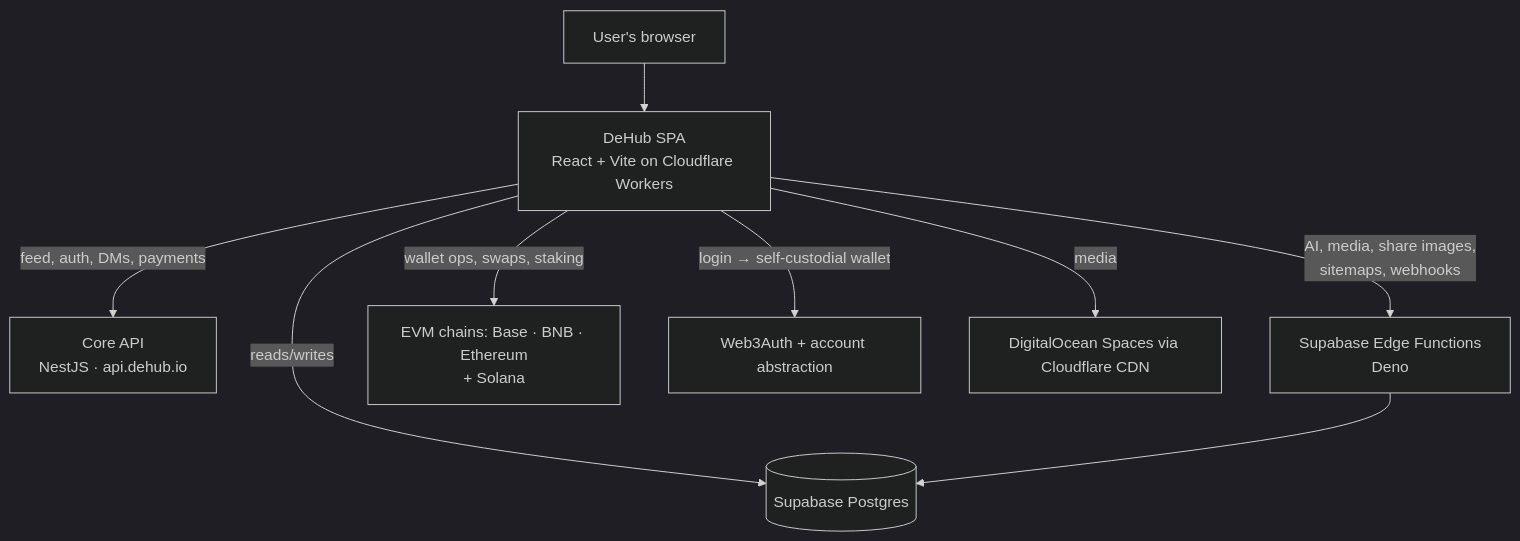
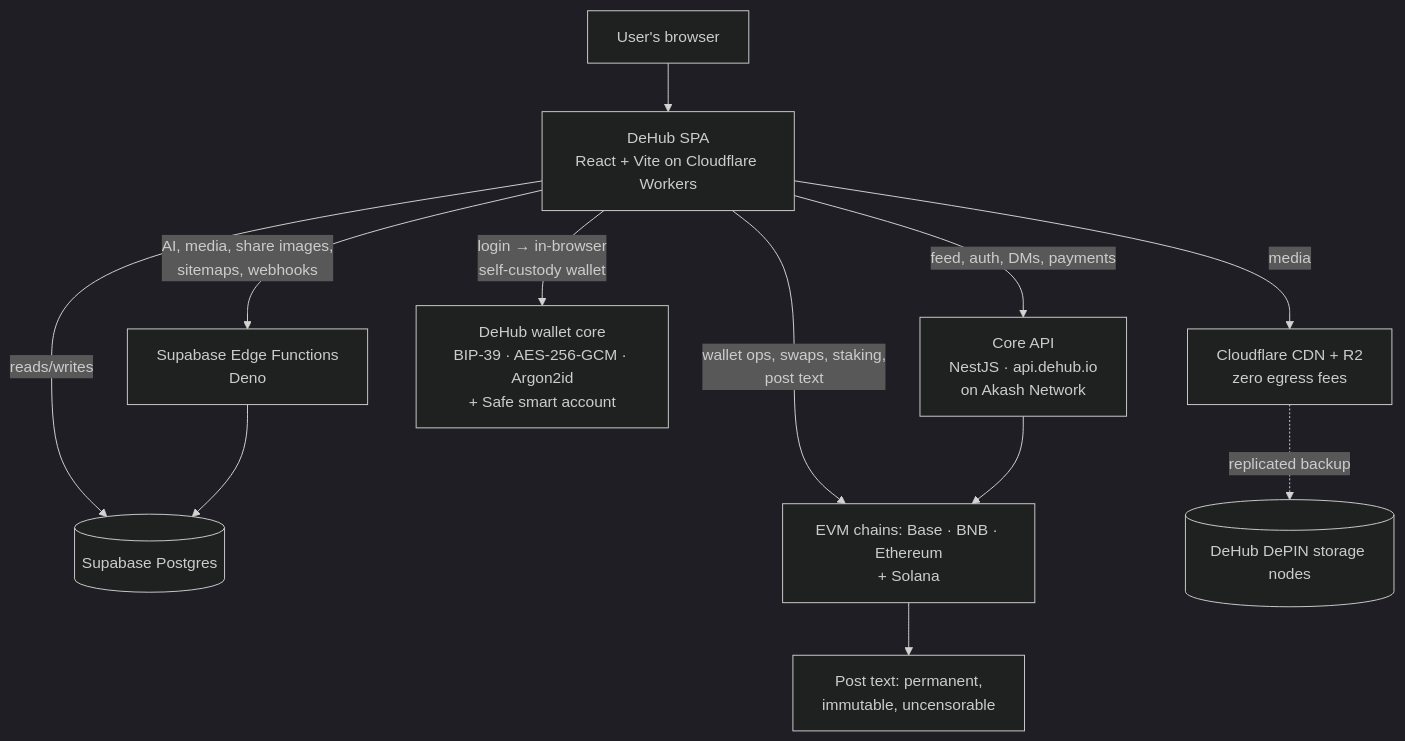
The diagram in README.md (DeHubToken/dehubweb), drawn with Mermaid (dark theme) before and after one commit. The commit also changed other lines of this file, not shown here.

First line of the commit message:
docs: refresh the architecture section for the current infra

````diff
--- a/README.md
+++ b/README.md
@@ -94,11 +101,14 @@
 ```mermaid
 flowchart TD
     U[User's browser] --> SPA[DeHub SPA<br/>React + Vite on Cloudflare Workers]
-    SPA -->|feed, auth, DMs, payments| API[Core API<br/>NestJS · api.dehub.io]
+    SPA -->|feed, auth, DMs, payments| API[Core API<br/>NestJS · api.dehub.io<br/>on Akash Network]
     SPA -->|AI, media, share images,<br/>sitemaps, webhooks| EF[Supabase Edge Functions<br/>Deno]
     SPA -->|reads/writes| DB[(Supabase Postgres)]
-    SPA -->|wallet ops, swaps, staking| CHAIN[EVM chains: Base · BNB · Ethereum<br/>+ Solana]
-    SPA -->|login → self-custodial wallet| W3A[Web3Auth + account abstraction]
+    SPA -->|wallet ops, swaps, staking,<br/>post text| CHAIN[EVM chains: Base · BNB · Ethereum<br/>+ Solana]
+    SPA -->|login → in-browser<br/>self-custody wallet| WALLET[DeHub wallet core<br/>BIP-39 · AES-256-GCM · Argon2id<br/>+ Safe smart account]
     EF --> DB
-    SPA -->|media| CDN[DigitalOcean Spaces via Cloudflare CDN]
+    API --> CHAIN
+    SPA -->|media| CDN[Cloudflare CDN + R2<br/>zero egress fees]
+    CDN -.->|replicated backup| DEPIN[(DeHub DePIN storage nodes)]
+    CHAIN --> TEXT[Post text: permanent,<br/>immutable, uncensorable]
 ```
````
